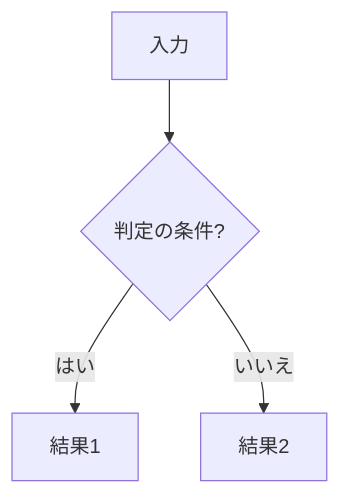
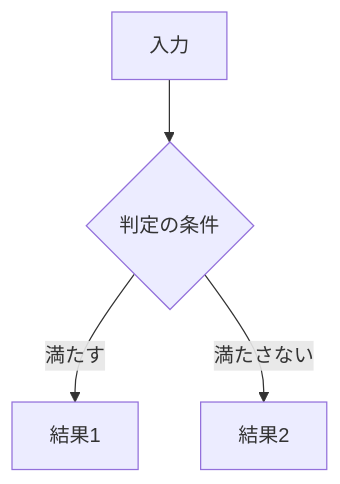
The first of 2 diagrams in .claude/skills/design-doc/templates/design_doc.md (spin-glass/tool-slides), drawn with Mermaid before and after one commit. The commit also changed other lines of this file and 10 other files, not shown here.

````diff
--- a/.claude/skills/design-doc/templates/design_doc.md
+++ b/.claude/skills/design-doc/templates/design_doc.md
@@ -49,6 +61,6 @@
 ```mermaid
 flowchart TB
-  A[入力] --> B{判定の条件?}
-  B -->|はい| C[結果1]
-  B -->|いいえ| D[結果2]
+  A[入力] --> B{判定の条件}
+  B -->|満たす| C[結果1]
+  B -->|満たさない| D[結果2]
 ```
````
